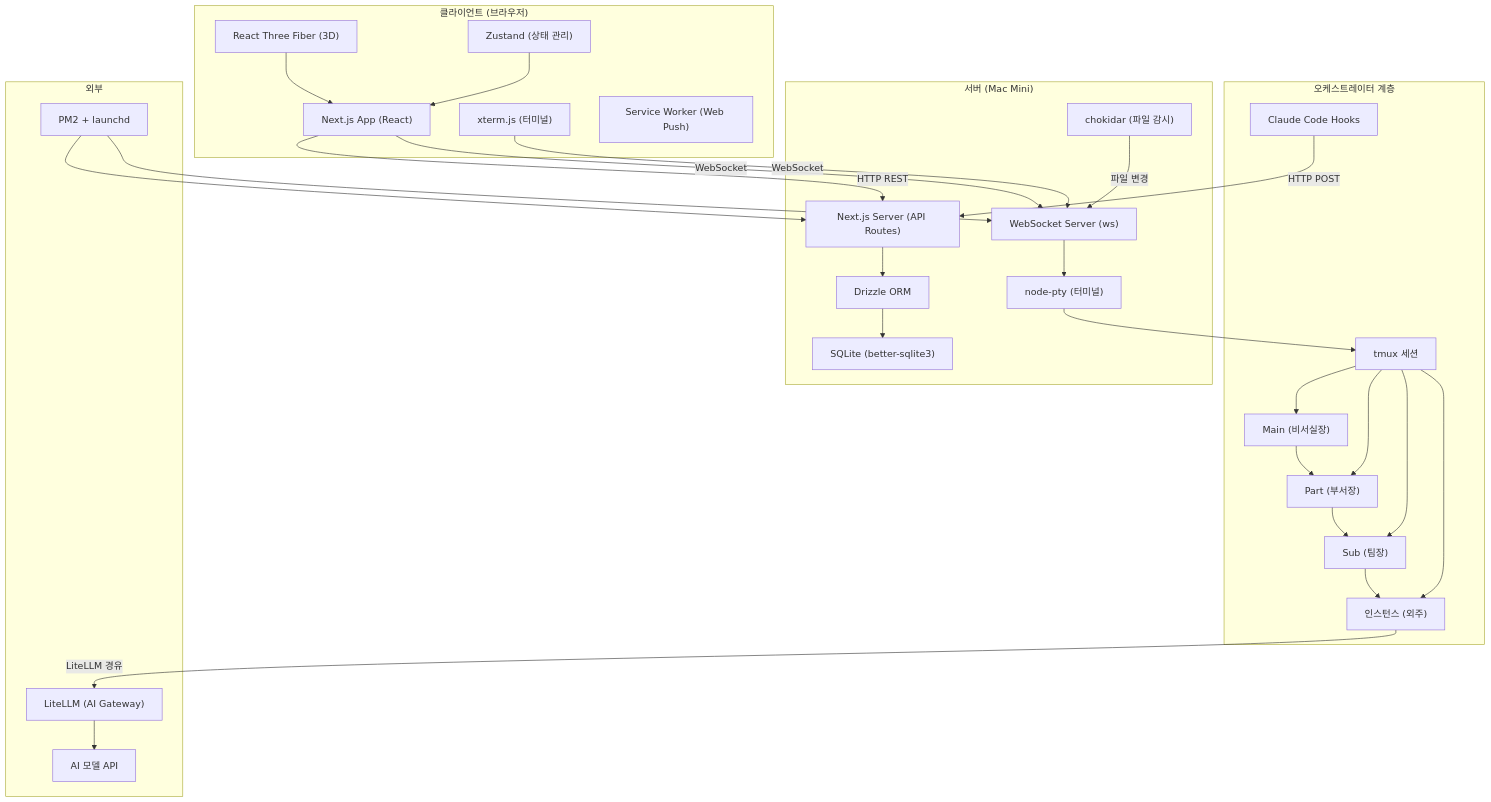
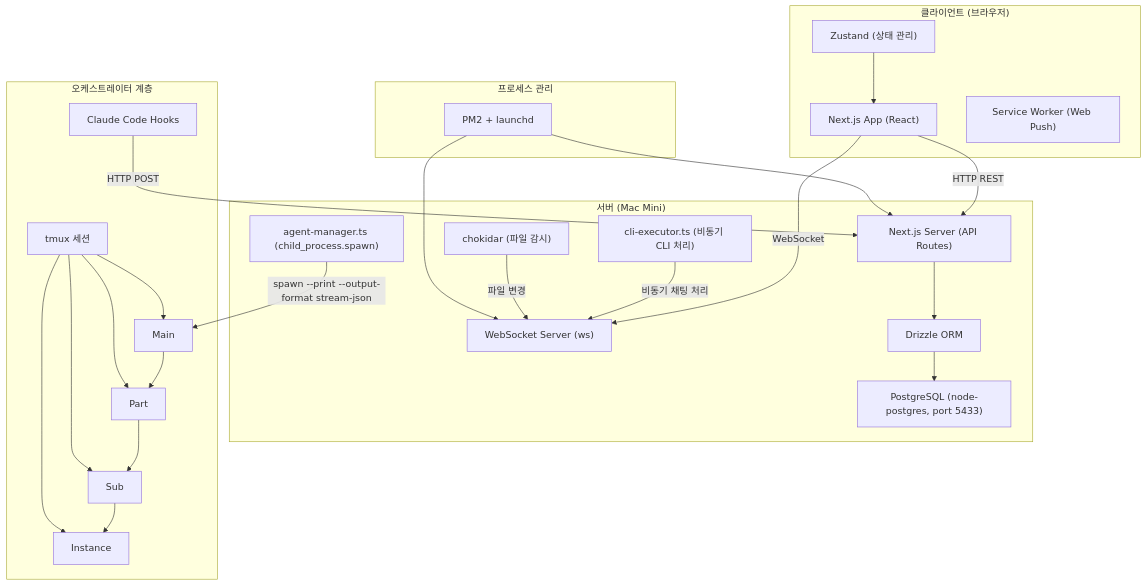
Before and after one commit to Jeonyunjae/ClaudeManager: the first of 7 diagrams in 03_design/🏗️ architecture.md, drawn with Mermaid. The commit also changed other lines of this file and 221 other files, not shown here.

````diff
--- a/03_design/🏗️ architecture.md
+++ b/03_design/🏗️ architecture.md
@@ -9,51 +38,46 @@
 ```mermaid
 flowchart TB
     subgraph CLIENT["클라이언트 (브라우저)"]
         NEXT_CLIENT["Next.js App (React)"]
-        R3F["React Three Fiber (3D)"]
-        XTERM["xterm.js (터미널)"]
         ZUSTAND["Zustand (상태 관리)"]
         SW["Service Worker (Web Push)"]
     end
     
     subgraph SERVER["서버 (Mac Mini)"]
         NEXT_SERVER["Next.js Server (API Routes)"]
         WS_SERVER["WebSocket Server (ws)"]
-        SQLITE["SQLite (better-sqlite3)"]
+        PG["PostgreSQL (node-postgres, port 5433)"]
         DRIZZLE["Drizzle ORM"]
         CHOKIDAR["chokidar (파일 감시)"]
-        NODE_PTY["node-pty (터미널)"]
+        AGENT_MGR["agent-manager.ts (child_process.spawn)"]
+        CLI_EXEC["cli-executor.ts (비동기 CLI 처리)"]
     end
     
     subgraph ORCHESTRATOR["오케스트레이터 계층"]
-        MAIN["Main (비서실장)"]
-        PART["Part (부서장)"]
-        SUB["Sub (팀장)"]
-        INST["인스턴스 (외주)"]
+        MAIN["Main"]
+        PART["Part"]
+        SUB["Sub"]
+        INST["Instance"]
         TMUX["tmux 세션"]
         HOOKS["Claude Code Hooks"]
     end
     
-    subgraph EXTERNAL["외부"]
-        LITELLM["LiteLLM (AI Gateway)"]
-        AI_API["AI 모델 API"]
+    subgraph PROCESS["프로세스 관리"]
         PM2["PM2 + launchd"]
     end
     
     NEXT_CLIENT -->|HTTP REST| NEXT_SERVER
     NEXT_CLIENT -->|WebSocket| WS_SERVER
-    R3F --> NEXT_CLIENT
-    XTERM -->|WebSocket| WS_SERVER
     ZUSTAND --> NEXT_CLIENT
     
-    NEXT_SERVER --> DRIZZLE --> SQLITE
-    WS_SERVER --> NODE_PTY --> TMUX
+    NEXT_SERVER --> DRIZZLE --> PG
+    AGENT_MGR -->|"spawn --print --output-format stream-json"| MAIN
+    CLI_EXEC -->|비동기 채팅 처리| WS_SERVER
     CHOKIDAR -->|파일 변경| WS_SERVER
     
     HOOKS -->|HTTP POST| NEXT_SERVER
     MAIN --> PART --> SUB --> INST
-    INST -->|LiteLLM 경유| LITELLM --> AI_API
     TMUX --> MAIN & PART & SUB & INST
     
     PM2 --> NEXT_SERVER & WS_SERVER
 ```
````
